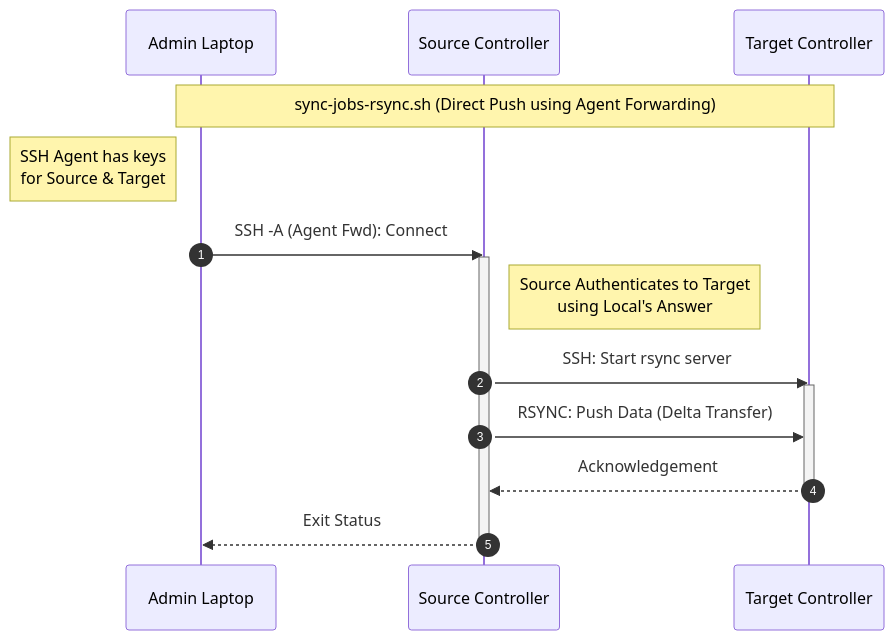
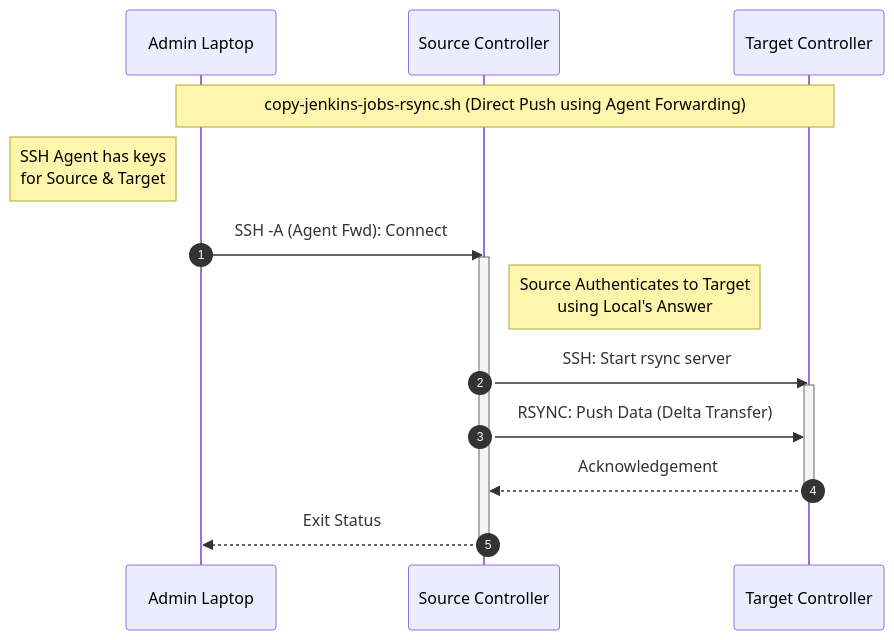
The second of 2 diagrams in README.md (cb-ci/ci-traditional-copy-jobs), drawn with Mermaid before and after one commit. The commit also changed other lines of this file and 7 other files, not shown here.

````diff
--- a/README.md
+++ b/README.md
@@ -56,25 +58,25 @@
 ```mermaid
 sequenceDiagram
     autonumber
     participant Local as Admin Laptop
     participant Source as Source Controller
     participant Target as Target Controller
 
-    note over Local, Target: sync-jobs-rsync.sh (Direct Push using Agent Forwarding)
+    note over Local, Target: copy-jenkins-jobs-rsync.sh (Direct Push using Agent Forwarding)
 
     note left of Local: SSH Agent has keys<br/>for Source & Target
     
     Local->>Source: SSH -A (Agent Fwd): Connect
     activate Source
     
     note right of Source: Source Authenticates to Target<br/>using Local's Answer
     Source->>Target: SSH: Start rsync server
     activate Target
     
     Source->>Target: RSYNC: Push Data (Delta Transfer)
     Target-->>Source: Acknowledgement
     deactivate Target
     
     Source-->>Local: Exit Status
     deactivate Source
 ```
````
